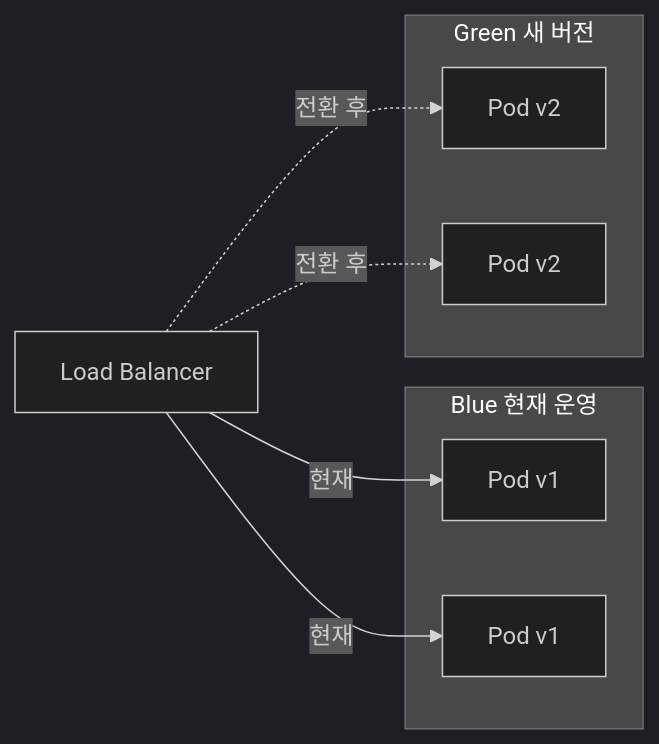
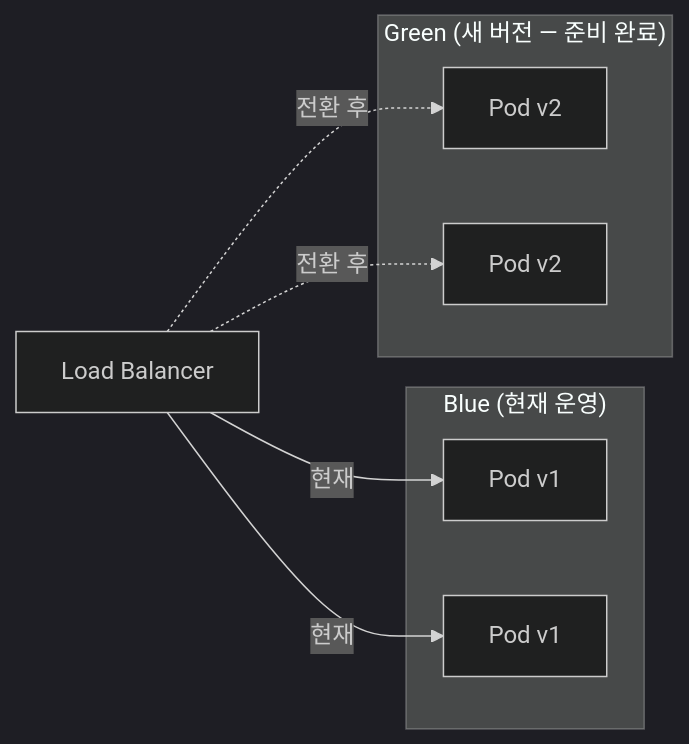
The third of 4 diagrams in _posts/cicd/2026-05-01-cicd.md (yjkim2015/yjkim2015.github.io), drawn with Mermaid (dark theme) before and after one commit. The commit also changed other lines of this file and 34 other files, not shown here.

First line of the commit message:
Full quality pass: 41 files — ASCII removed, 동작원리 보강, diagrams

```diff
--- a/_posts/cicd/2026-05-01-cicd.md
+++ b/_posts/cicd/2026-05-01-cicd.md
@@ -408,17 +374,17 @@
 <div class="mermaid">
 graph LR
-    LB[Load Balancer]
-    subgraph Blue 현재 운영
-        B1[Pod v1]
-        B2[Pod v1]
+    LB["Load Balancer"]
+    subgraph "Blue (현재 운영)"
+        B1["Pod v1"]
+        B2["Pod v1"]
     end
-    subgraph Green 새 버전
-        G1[Pod v2]
-        G2[Pod v2]
+    subgraph "Green (새 버전 — 준비 완료)"
+        G1["Pod v2"]
+        G2["Pod v2"]
     end
 
-    LB -->|현재| B1
-    LB -->|현재| B2
-    LB -.->|전환 후| G1
-    LB -.->|전환 후| G2
+    LB -->|"현재"| B1
+    LB -->|"현재"| B2
+    LB -.->|"전환 후"| G1
+    LB -.->|"전환 후"| G2
 </div>
```
